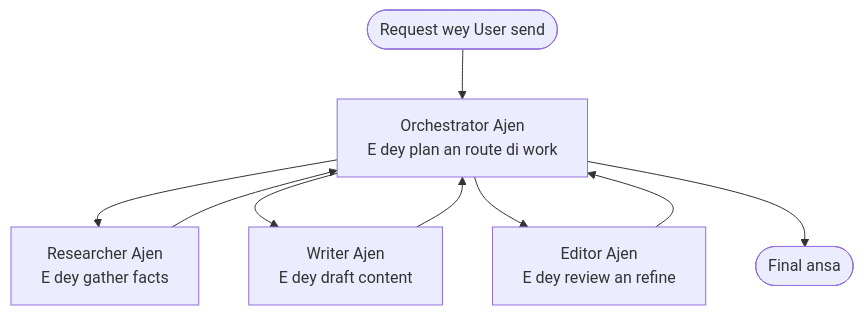
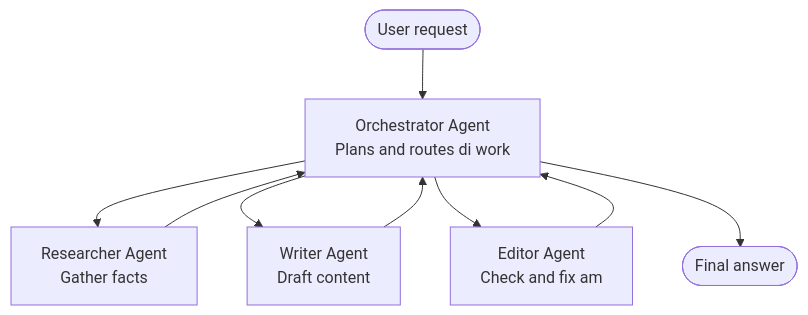
One commit to microsoft/AZD-for-beginners changed the diagram in translations/pcm/docs/chapter-05-multi-agent/multi-agent-basics.md. Above: the diagram before and after it, drawn with Mermaid. The commit also changed other lines of this file and 61 other files, not shown here.

````diff
--- a/translations/pcm/docs/chapter-05-multi-agent/multi-agent-basics.md
+++ b/translations/pcm/docs/chapter-05-multi-agent/multi-agent-basics.md
@@ -43,11 +43,11 @@
 ```mermaid
 graph TD
-    User([Request wey User send]) --> Orchestrator[Orchestrator Ajen<br/>E dey plan an route di work]
-    Orchestrator --> Researcher[Researcher Ajen<br/>E dey gather facts]
-    Orchestrator --> Writer[Writer Ajen<br/>E dey draft content]
-    Orchestrator --> Editor[Editor Ajen<br/>E dey review an refine]
+    User([User request]) --> Orchestrator[Orchestrator Agent<br/>Plans and routes di work]
+    Orchestrator --> Researcher[Researcher Agent<br/>Gather facts]
+    Orchestrator --> Writer[Writer Agent<br/>Draft content]
+    Orchestrator --> Editor[Editor Agent<br/>Check and fix am]
     Researcher --> Orchestrator
     Writer --> Orchestrator
     Editor --> Orchestrator
-    Orchestrator --> Result([Final ansa])
+    Orchestrator --> Result([Final answer])
 ```
````
